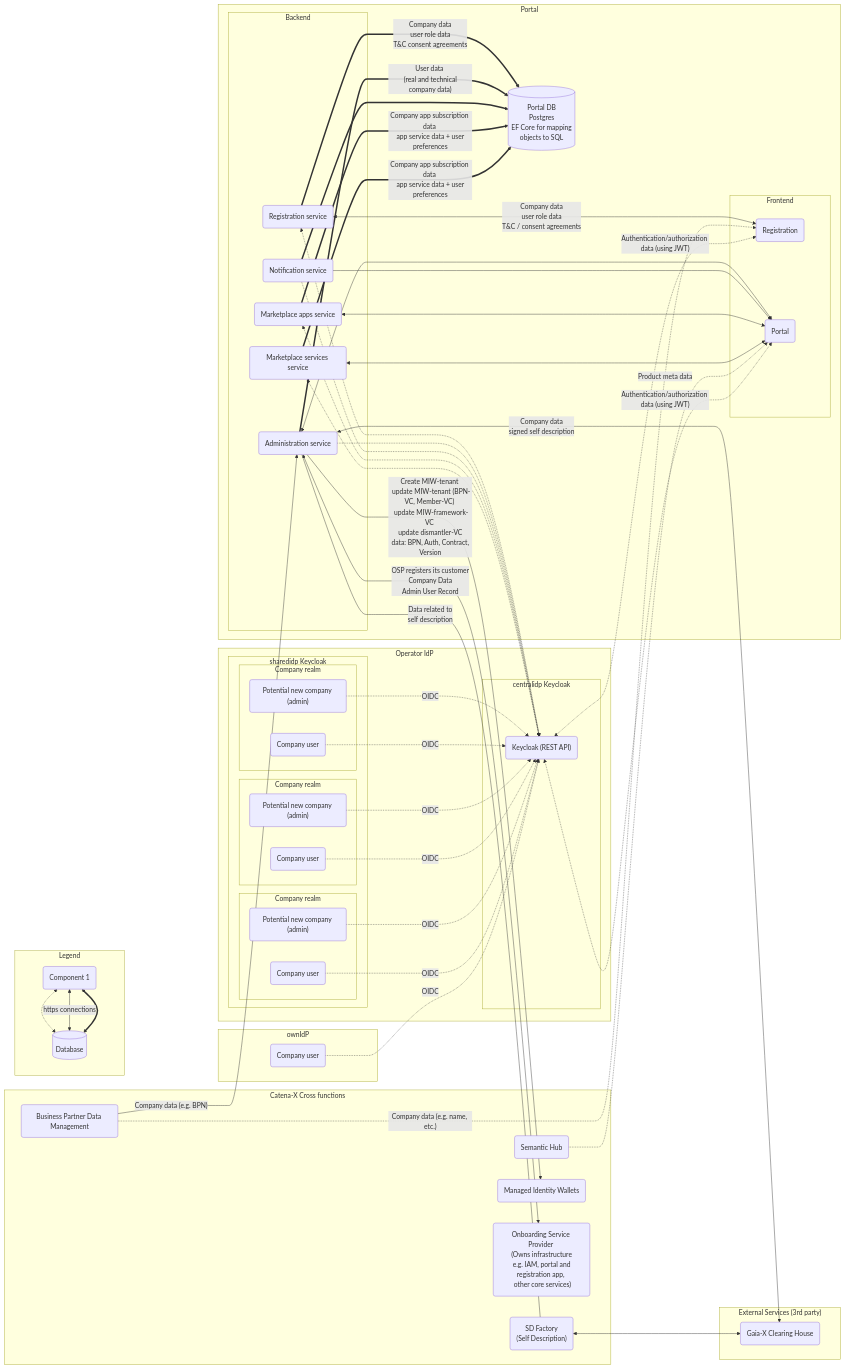
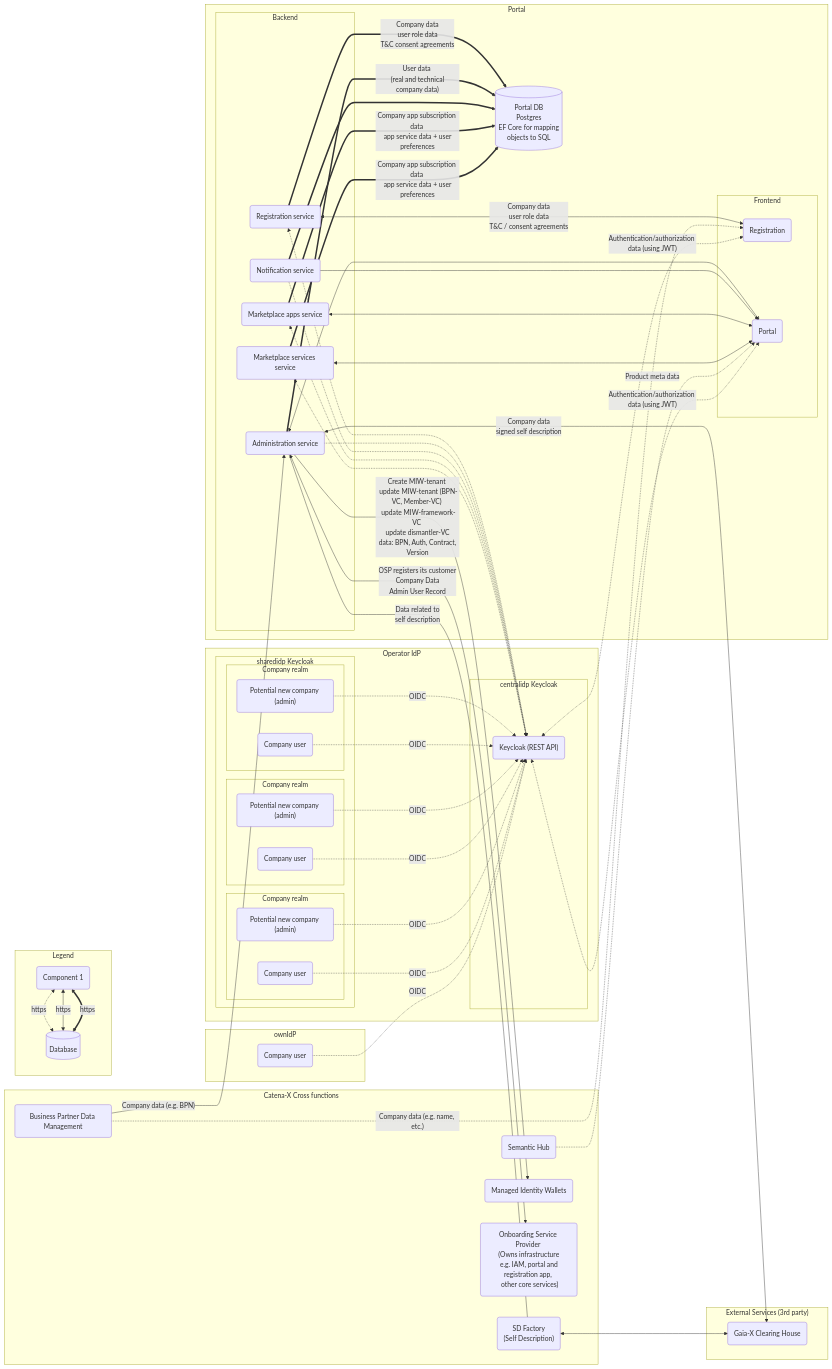
The diagram in developer/Technical Documentation/Architecture/Security-Assessment.md (eclipse-tractusx/portal-assets), drawn with Mermaid before and after one commit. The commit also changed other lines of this file, not shown here.

````diff
--- a/developer/Technical Documentation/Architecture/Security-Assessment.md
+++ b/developer/Technical Documentation/Architecture/Security-Assessment.md
@@ -140,9 +140,9 @@
     subgraph Legend
         C1("Component 1")
         D1[("Database")]
-        C1 <-.-> D1
-        C1 <--> |https connections| D1 
-        C1 <==> D1
+        C1 <-.-> |https| D1 
+        C1 <--> |https| D1 
+        C1 <==> |https| D1
         
     end
 ```
````
